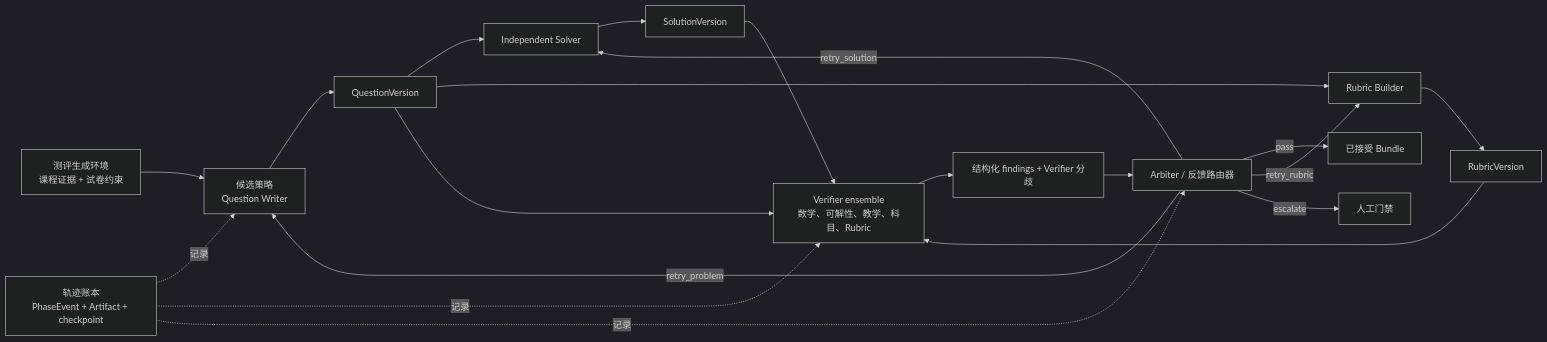
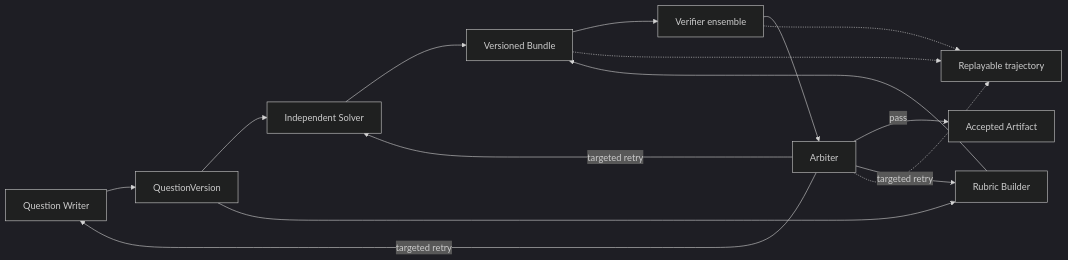
The diagram in README.md (kyc001/assessment-workbench), drawn with Mermaid (dark theme) before and after one commit. The commit also changed other lines of this file and 6 other files, not shown here.

````diff
--- a/README.md
+++ b/README.md
@@ -20,23 +27,17 @@
 ```mermaid
 flowchart LR
-    Env["测评生成环境\n课程证据 + 试卷约束"] --> Policy["候选策略\nQuestion Writer"]
-    Policy --> Candidate["QuestionVersion"]
-    Candidate --> Solver["Independent Solver"]
-    Candidate --> Rubric["Rubric Builder"]
-    Candidate --> Reviewers["Verifier ensemble\n数学、可解性、教学、科目、Rubric"]
-    Solver --> Evidence["SolutionVersion"]
-    Rubric --> Contract["RubricVersion"]
-    Evidence --> Reviewers
-    Contract --> Reviewers
-    Reviewers --> Disagreement["结构化 findings + Verifier 分歧"]
-    Disagreement --> Arbiter["Arbiter / 反馈路由器"]
-    Arbiter -->|"pass"| Accepted["已接受 Bundle"]
-    Arbiter -->|"retry_problem"| Policy
-    Arbiter -->|"retry_solution"| Solver
-    Arbiter -->|"retry_rubric"| Rubric
-    Arbiter -->|"escalate"| Human["人工门禁"]
-
-    Ledger["轨迹账本\nPhaseEvent + Artifact + checkpoint"] -. 记录 .-> Policy
-    Ledger -. 记录 .-> Reviewers
-    Ledger -. 记录 .-> Arbiter
+    Writer["Question Writer"] --> Question["QuestionVersion"]
+    Question --> Solver["Independent Solver"]
+    Question --> Rubric["Rubric Builder"]
+    Solver --> Bundle["Versioned Bundle"]
+    Rubric --> Bundle
+    Bundle --> Reviewers["Verifier ensemble"]
+    Reviewers --> Arbiter["Arbiter"]
+    Arbiter -->|pass| Accepted["Accepted Artifact"]
+    Arbiter -->|targeted retry| Writer
+    Arbiter -->|targeted retry| Solver
+    Arbiter -->|targeted retry| Rubric
+    Bundle -.-> Ledger["Replayable trajectory"]
+    Reviewers -.-> Ledger
+    Arbiter -.-> Ledger
 ```
````
